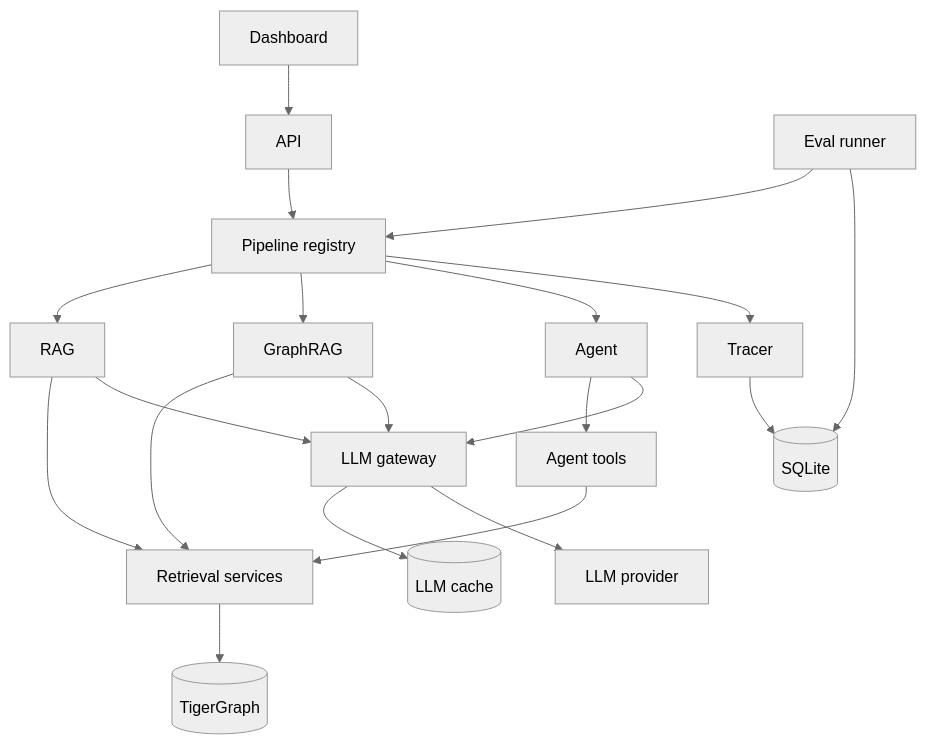
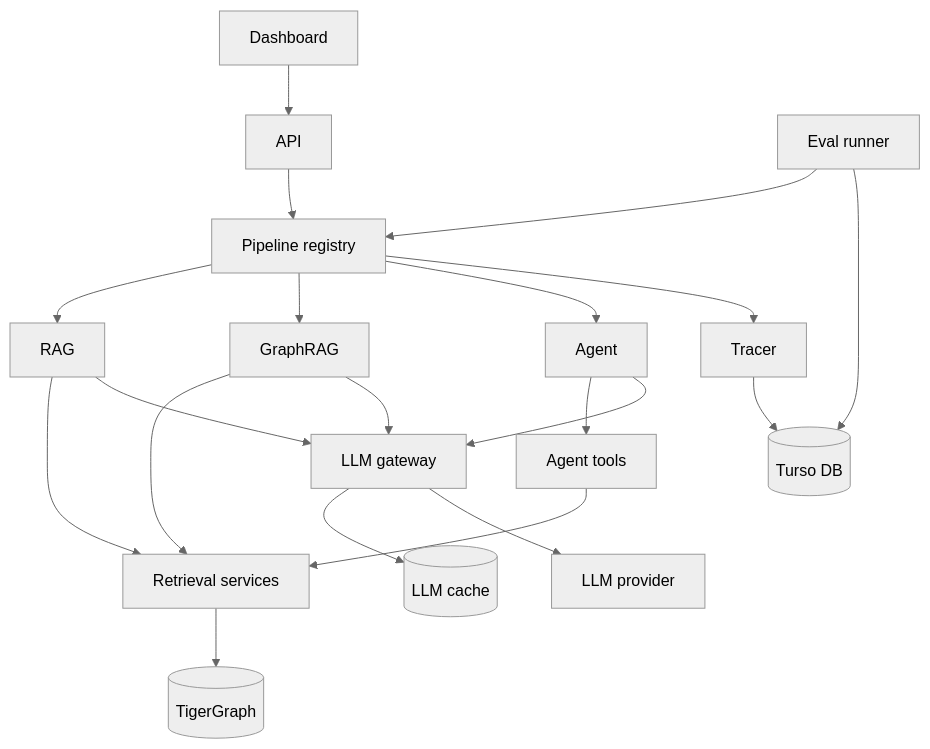
One commit to Tetra4ge/Interlock-TG changed the fourth of 11 diagrams in docs/ARCHITECTURE.md. Above: the diagram before and after it, drawn with Mermaid (neutral theme). The commit also changed other lines of this file and 9 other files, not shown here.

Commit message:
docs: replace SQLite with Turso DB across all architecture and phase plans

````diff
--- a/docs/ARCHITECTURE.md
+++ b/docs/ARCHITECTURE.md
@@ -130,22 +130,22 @@
 ```mermaid
 flowchart TD
     UI[Dashboard] --> API[API]
     EVAL[Eval runner] --> PIPES
     API --> PIPES[Pipeline registry]
     PIPES --> RAG[RAG]
     PIPES --> GR[GraphRAG]
     PIPES --> AG[Agent]
     RAG --> RET[Retrieval services]
     GR --> RET
     AG --> TOOLS[Agent tools]
     TOOLS --> RET
     RET --> TG[(TigerGraph)]
     RAG --> GW[LLM gateway]
     GR --> GW
     AG --> GW
     GW --> CACHE[(LLM cache)]
     GW --> PROV[LLM provider]
     PIPES --> TR[Tracer]
-    TR --> SQL[(SQLite)]
+    TR --> SQL[(Turso DB)]
     EVAL --> SQL
 ```
````
